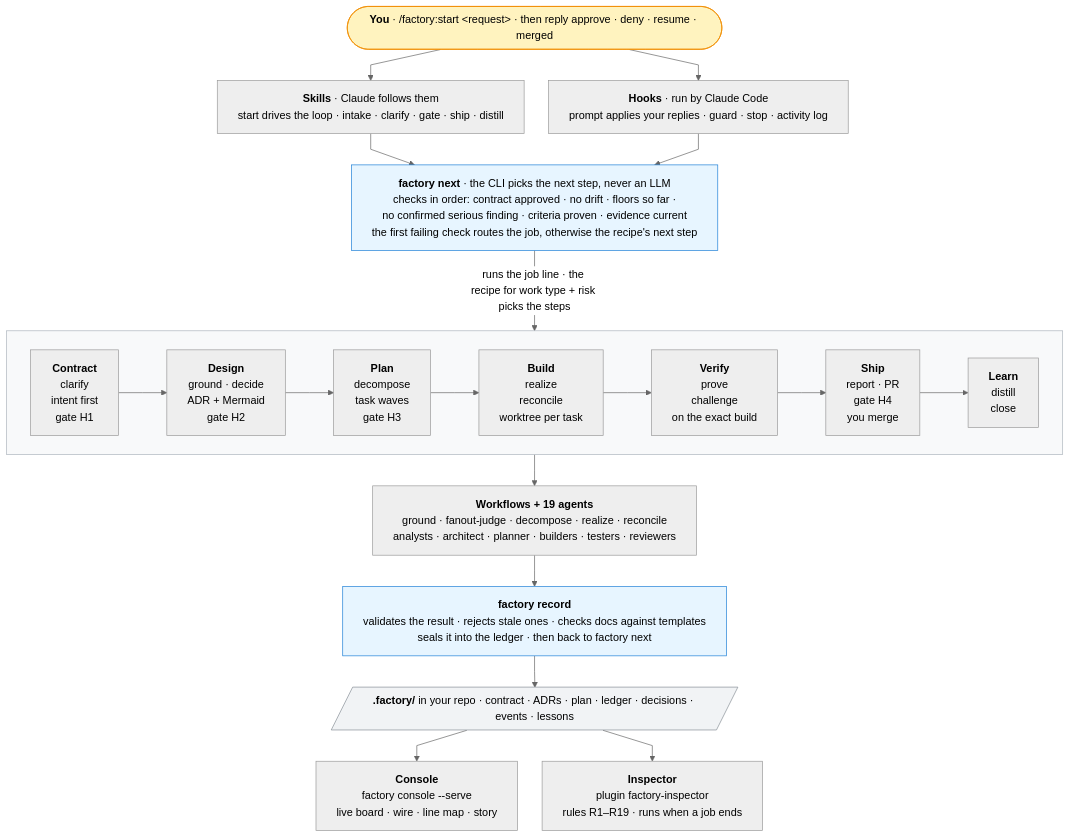
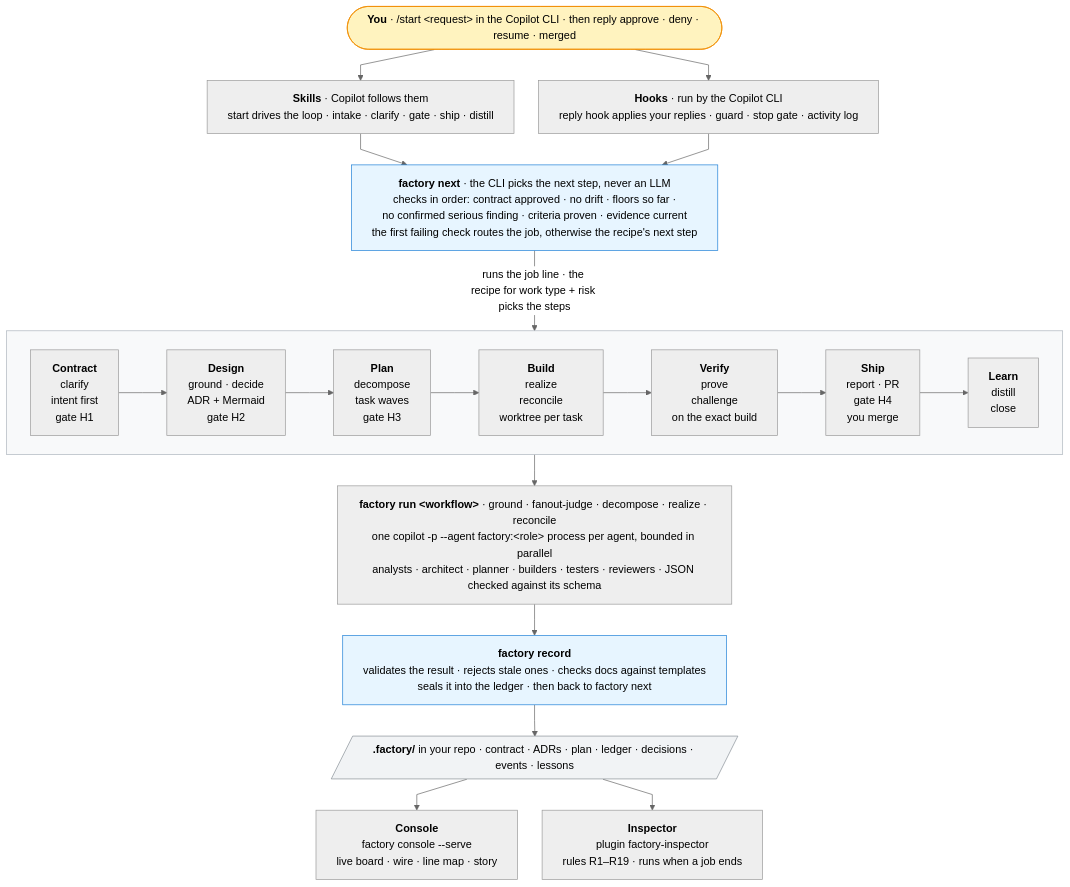
The diagram in README.md (reshif/copilot-factory), drawn with Mermaid (neutral theme) before and after one commit. The commit also changed other lines of this file and 39 other files, not shown here.

First line of the commit message:
Package copilot-factory for the GitHub Copilot CLI

````diff
--- a/README.md
+++ b/README.md
@@ -12,54 +16,54 @@
 ```mermaid
 ---
 config:
   flowchart:
     curve: linear
     nodeSpacing: 36
     rankSpacing: 46
     wrappingWidth: 520
 ---
 flowchart TB
-  you(["<b>You</b> · /factory:start &lt;request&gt; · then reply approve · deny · resume · merged"]):::human
+  you(["<b>You</b> · /start &lt;request&gt; in the Copilot CLI · then reply approve · deny · resume · merged"]):::human
 
-  skills["<b>Skills</b> · Claude follows them<br/>start drives the loop · intake · clarify · gate · ship · distill"]
-  hooks["<b>Hooks</b> · run by Claude Code<br/>prompt applies your replies · guard · stop · activity log"]
+  skills["<b>Skills</b> · Copilot follows them<br/>start drives the loop · intake · clarify · gate · ship · distill"]
+  hooks["<b>Hooks</b> · run by the Copilot CLI<br/>reply hook applies your replies · guard · stop gate · activity log"]
 
   router["<b>factory next</b> · the CLI picks the next step, never an LLM<br/>checks in order: contract approved · no drift · floors so far ·<br/>no confirmed serious finding · criteria proven · evidence current<br/>the first failing check routes the job, otherwise the recipe's next step"]:::cli
 
   subgraph line[" "]
     direction LR
     s1["<b>Contract</b><br/>clarify<br/>intent first<br/>gate H1"]
     s2["<b>Design</b><br/>ground · decide<br/>ADR + Mermaid<br/>gate H2"]
     s3["<b>Plan</b><br/>decompose<br/>task waves<br/>gate H3"]
     s4["<b>Build</b><br/>realize<br/>reconcile<br/>worktree per task"]
     s5["<b>Verify</b><br/>prove<br/>challenge<br/>on the exact build"]
     s6["<b>Ship</b><br/>report · PR<br/>gate H4<br/>you merge"]
     s7["<b>Learn</b><br/>distill<br/>close"]
     s1 --> s2 --> s3 --> s4 --> s5 --> s6 --> s7
   end
 
-  agents["<b>Workflows + 19 agents</b><br/>ground · fanout-judge · decompose · realize · reconcile<br/>analysts · architect · planner · builders · testers · reviewers"]
+  run["<b>factory run &lt;workflow&gt;</b> · ground · fanout-judge · decompose · realize · reconcile<br/>one copilot -p --agent factory:&lt;role&gt; process per agent, bounded in parallel<br/>analysts · architect · planner · builders · testers · reviewers · JSON checked against its schema"]
 
   record["<b>factory record</b><br/>validates the result · rejects stale ones · checks docs against templates<br/>seals it into the ledger · then back to factory next"]:::cli
 
   store[/"<b>.factory/</b> in your repo · contract · ADRs · plan · ledger · decisions · events · lessons"/]:::art
 
   console["<b>Console</b><br/>factory console --serve<br/>live board · wire · line map · story"]
   inspector["<b>Inspector</b><br/>plugin factory-inspector<br/>rules R1–R19 · runs when a job ends"]
 
   you --> skills
   you --> hooks
   skills --> router
   hooks --> router
   router -->|"runs the job line · the recipe for work type + risk picks the steps"| line
-  line --> agents
-  agents --> record
+  line --> run
+  run --> record
   record --> store
   store --> console
   store --> inspector
 
   classDef human fill:#fff3bf,stroke:#f08c00,color:#000
   classDef cli fill:#e7f5ff,stroke:#1c7ed6,color:#000
   classDef art fill:#f1f3f5,stroke:#868e96,color:#000
   style line fill:#f8f9fa,stroke:#adb5bd
 ```
````
